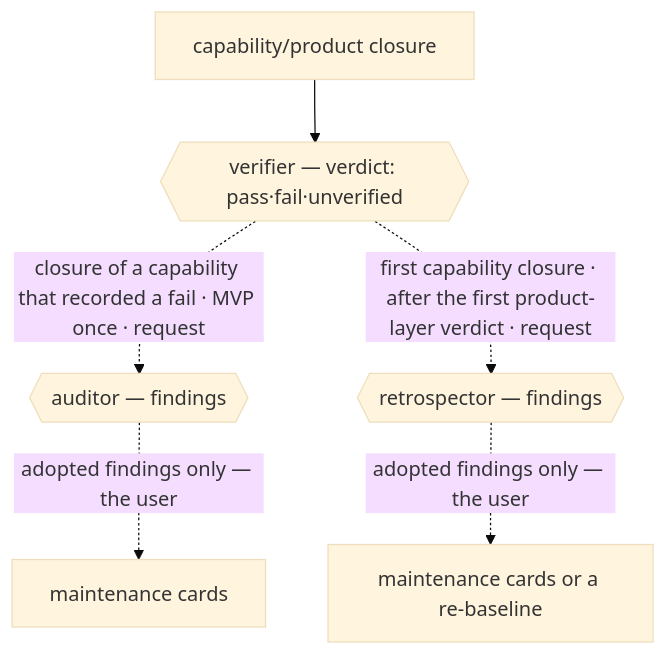
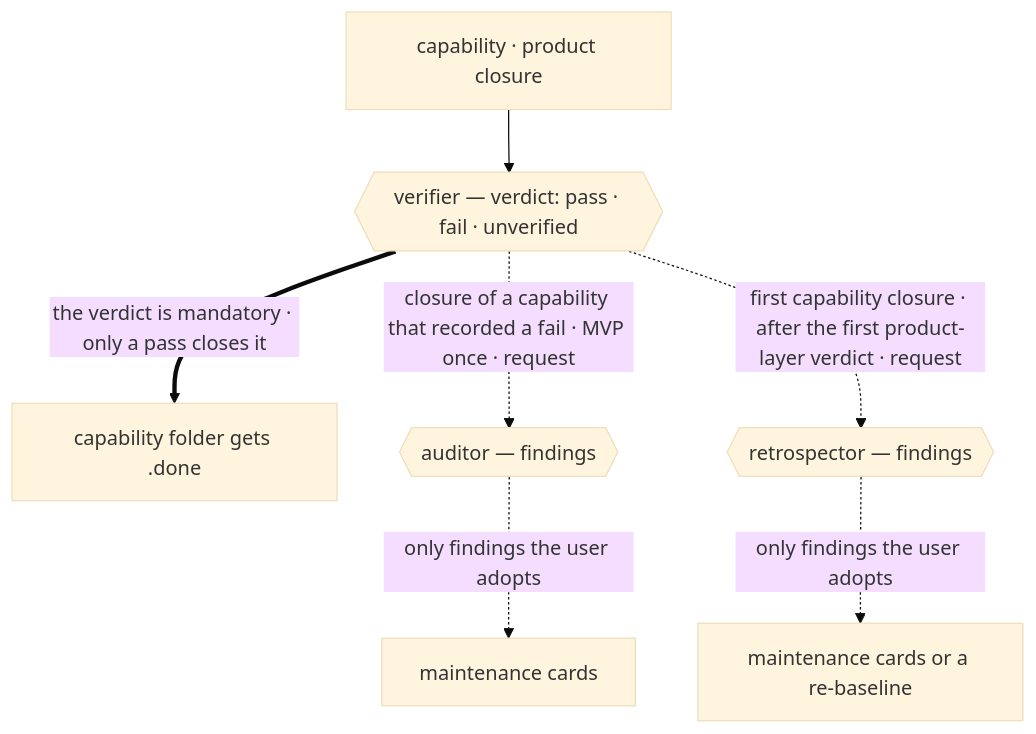
One commit to nanomia-ai/devflow changed the fourth of 5 diagrams in README.md. Above: the diagram before and after it, drawn with Mermaid (base theme). The commit also changed other lines of this file and 5 other files, not shown here.

````diff
--- a/README.md
+++ b/README.md
@@ -226,8 +223,9 @@
 ```mermaid
 flowchart TB
-    CL["capability/product closure"] --> VF{{"verifier — verdict: pass·fail·unverified"}}
+    CL["capability · product closure"] --> VF{{"verifier — verdict: pass · fail · unverified"}}
+    VF ==>|"the verdict is mandatory · only a pass closes it"| DN["capability folder gets .done"]
     VF -.->|"closure of a capability that recorded a fail · MVP once · request"| AU{{"auditor — findings"}}
     VF -.->|"first capability closure · after the first product-layer verdict · request"| RT{{"retrospector — findings"}}
-    AU -.->|"adopted findings only — the user"| MC["maintenance cards"]
-    RT -.->|"adopted findings only — the user"| RB["maintenance cards or a re-baseline"]
+    AU -.->|"only findings the user adopts"| MC["maintenance cards"]
+    RT -.->|"only findings the user adopts"| RB["maintenance cards or a re-baseline"]
 ```
````
